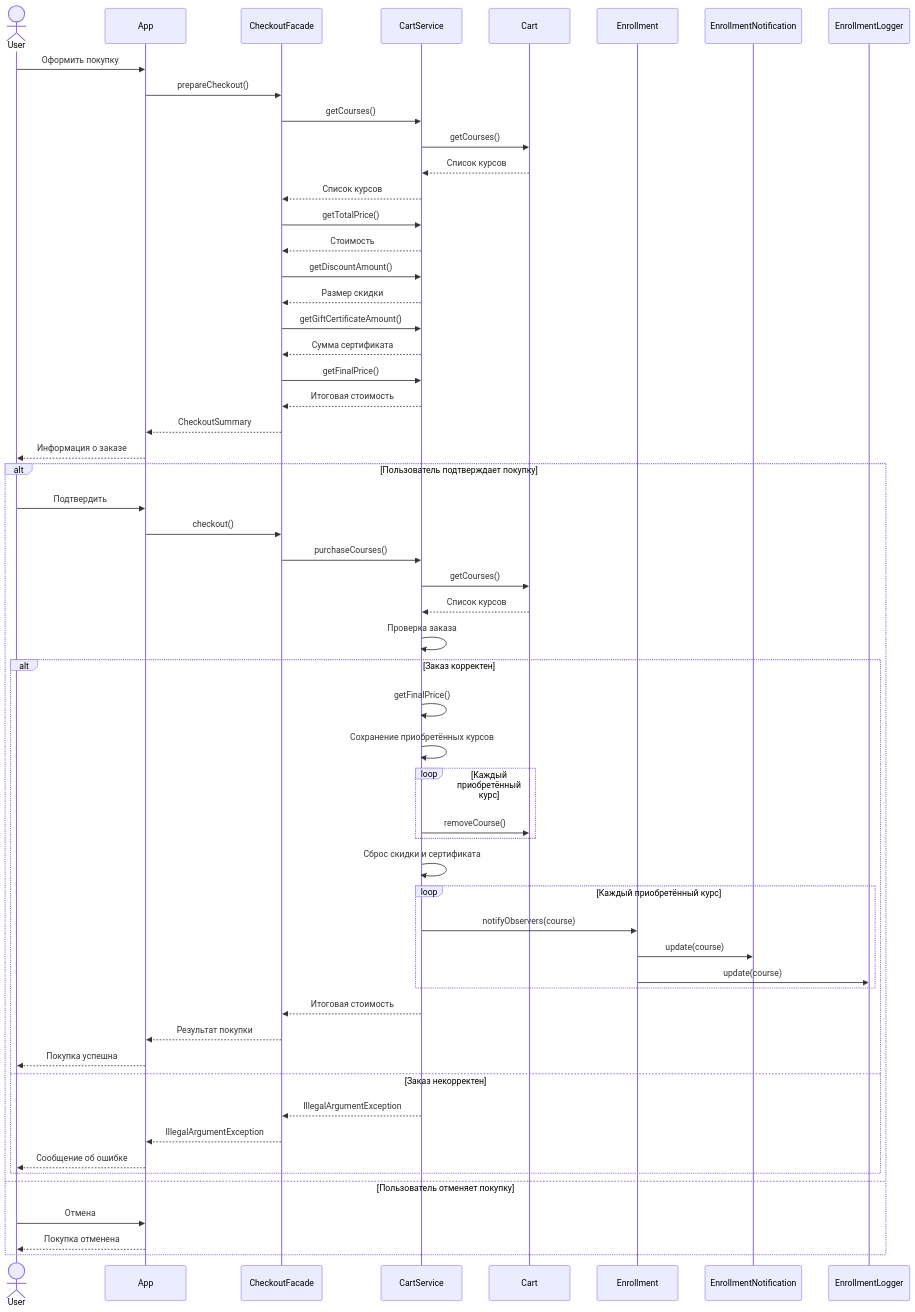
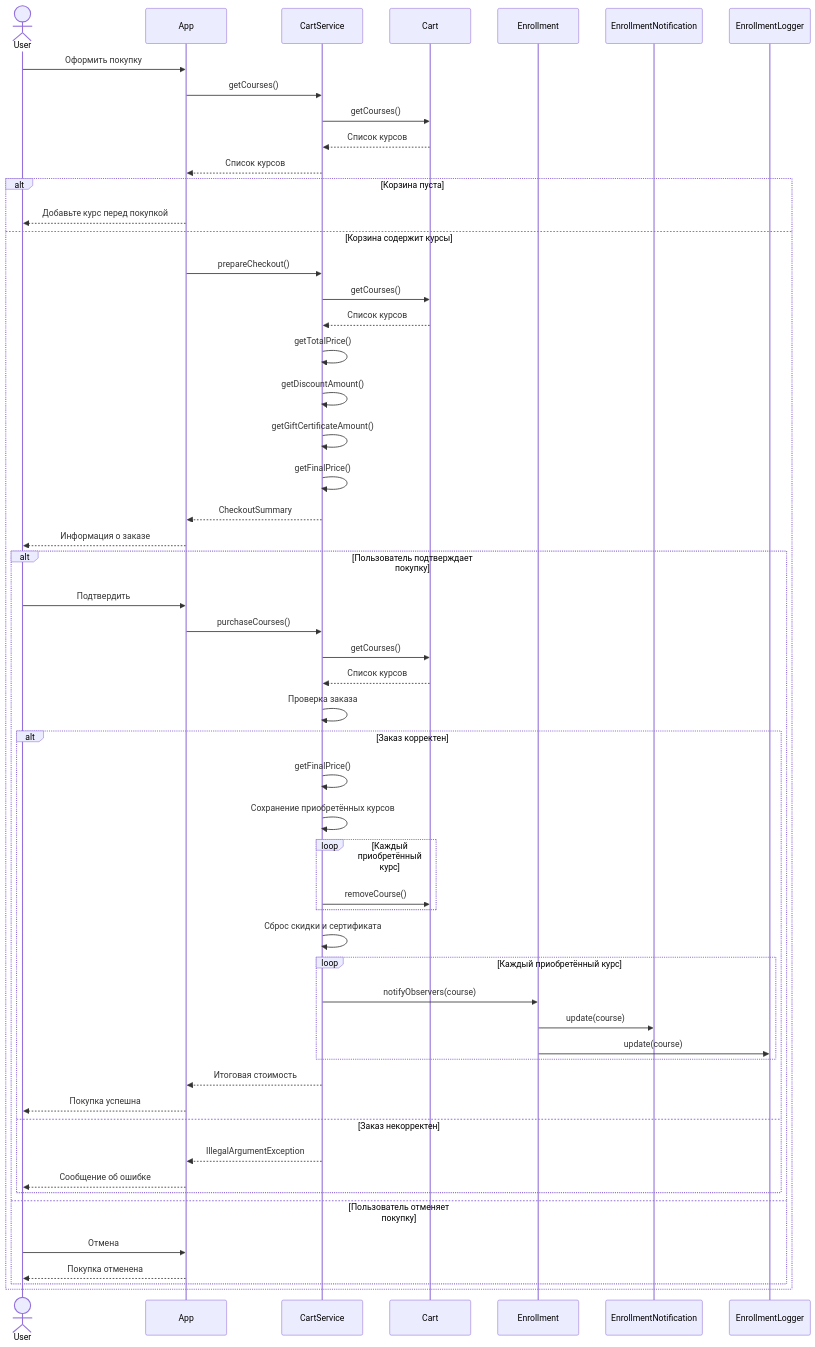
Before and after one commit to extwel/LinguaHub: the sixth of 6 diagrams in README.md, drawn with Mermaid. The commit also changed other lines of this file and 5 other files, not shown here.

````diff
--- a/README.md
+++ b/README.md
@@ -453,75 +457,73 @@
 ```mermaid
 sequenceDiagram
     actor User
     participant App
-    participant CheckoutFacade
     participant CartService
     participant Cart
     participant Enrollment
     participant Notification as EnrollmentNotification
     participant Logger as EnrollmentLogger
 
     User->>App: Оформить покупку
-    App->>CheckoutFacade: prepareCheckout()
 
-    CheckoutFacade->>CartService: getCourses()
+    App->>CartService: getCourses()
     CartService->>Cart: getCourses()
     Cart-->>CartService: Список курсов
-    CartService-->>CheckoutFacade: Список курсов
+    CartService-->>App: Список курсов
 
-    CheckoutFacade->>CartService: getTotalPrice()
-    CartService-->>CheckoutFacade: Стоимость
+    alt Корзина пуста
+        App-->>User: Добавьте курс перед покупкой
+    else Корзина содержит курсы
 
-    CheckoutFacade->>CartService: getDiscountAmount()
-    CartService-->>CheckoutFacade: Размер скидки
-
-    CheckoutFacade->>CartService: getGiftCertificateAmount()
-    CartService-->>CheckoutFacade: Сумма сертификата
-
-    CheckoutFacade->>CartService: getFinalPrice()
-    CartService-->>CheckoutFacade: Итоговая стоимость
-
-    CheckoutFacade-->>App: CheckoutSummary
-    App-->>User: Информация о заказе
-
-    alt Пользователь подтверждает покупку
-        User->>App: Подтвердить
-        App->>CheckoutFacade: checkout()
-        CheckoutFacade->>CartService: purchaseCourses()
+        App->>CartService: prepareCheckout()
 
         CartService->>Cart: getCourses()
         Cart-->>CartService: Список курсов
 
-        CartService->>CartService: Проверка заказа
+        CartService->>CartService: getTotalPrice()
+        CartService->>CartService: getDiscountAmount()
+        CartService->>CartService: getGiftCertificateAmount()
+        CartService->>CartService: getFinalPrice()
 
-        alt Заказ корректен
-            CartService->>CartService: getFinalPrice()
-            CartService->>CartService: Сохранение приобретённых курсов
+        CartService-->>App: CheckoutSummary
+        App-->>User: Информация о заказе
 
-            loop Каждый приобретённый курс
-                CartService->>Cart: removeCourse()
+        alt Пользователь подтверждает покупку
+            User->>App: Подтвердить
+            App->>CartService: purchaseCourses()
+
+            CartService->>Cart: getCourses()
+            Cart-->>CartService: Список курсов
+
+            CartService->>CartService: Проверка заказа
+
+            alt Заказ корректен
+                CartService->>CartService: getFinalPrice()
+                CartService->>CartService: Сохранение приобретённых курсов
+
+                loop Каждый приобретённый курс
+                    CartService->>Cart: removeCourse()
+                end
+
+                CartService->>CartService: Сброс скидки и сертификата
+
+                loop Каждый приобретённый курс
+                    CartService->>Enrollment: notifyObservers(course)
+                    Enrollment->>Notification: update(course)
+                    Enrollment->>Logger: update(course)
+                end
+
+                CartService-->>App: Итоговая стоимость
+                App-->>User: Покупка успешна
+
+            else Заказ некорректен
+                CartService-->>App: IllegalArgumentException
+                App-->>User: Сообщение об ошибке
             end
 
-            CartService->>CartService: Сброс скидки и сертификата
-
-            loop Каждый приобретённый курс
-                CartService->>Enrollment: notifyObservers(course)
-                Enrollment->>Notification: update(course)
-                Enrollment->>Logger: update(course)
-            end
-
-            CartService-->>CheckoutFacade: Итоговая стоимость
-            CheckoutFacade-->>App: Результат покупки
-            App-->>User: Покупка успешна
-
-        else Заказ некорректен
-            CartService-->>CheckoutFacade: IllegalArgumentException
-            CheckoutFacade-->>App: IllegalArgumentException
-            App-->>User: Сообщение об ошибке
+        else Пользователь отменяет покупку
+            User->>App: Отмена
+            App-->>User: Покупка отменена
         end
-
-    else Пользователь отменяет покупку
-        User->>App: Отмена
-        App-->>User: Покупка отменена
     end
 ```
````
